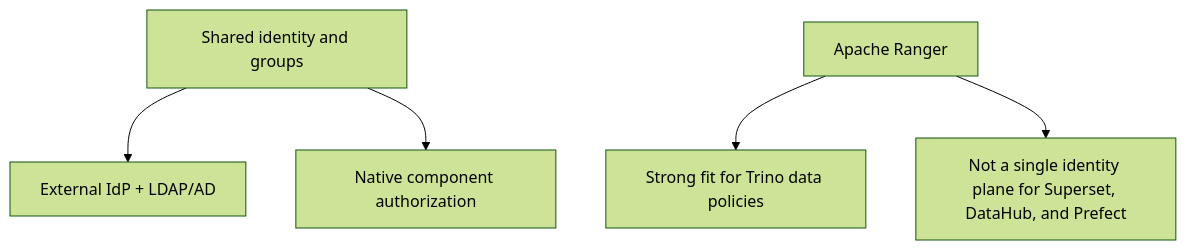
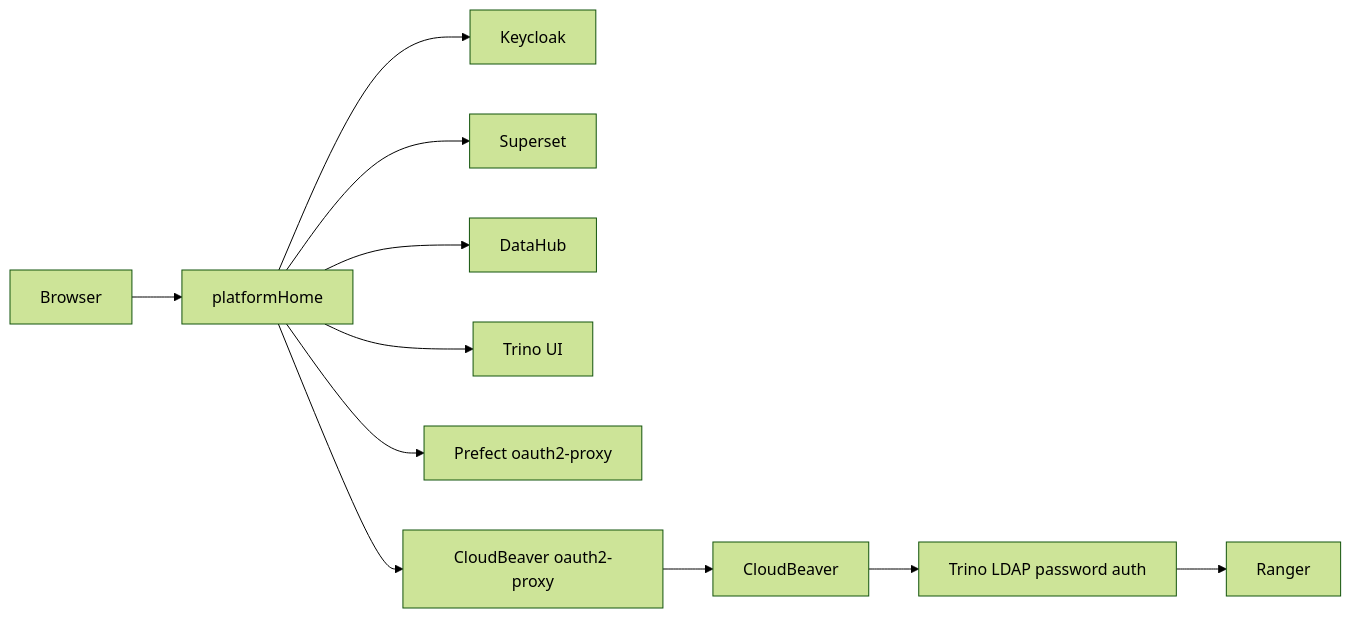
One commit to sanger-pathogens/dlh-in-a-box-umbrella-helm-chart changed the fourth of 5 diagrams in docs/auth-architecture.md. Above: the diagram before and after it, drawn with Mermaid (forest theme). The commit also changed other lines of this file and 54 other files, not shown here.

Commit message:
Add Ranger-first identity, portal, and policy controls

````diff
--- a/docs/auth-architecture.md
+++ b/docs/auth-architecture.md
@@ -137,7 +154,13 @@
 ```mermaid
-flowchart TD
-  Goal[Shared identity and groups] --> IdP[External IdP + LDAP/AD]
-  Goal --> NativeAuth[Native component authorization]
-  Ranger[Apache Ranger] --> TrinoOnly[Strong fit for Trino data policies]
-  Ranger --> NotApps[Not a single identity plane for Superset, DataHub, and Prefect]
+flowchart LR
+  Browser[Browser] --> Portal[platformHome]
+  Portal --> Keycloak[Keycloak]
+  Portal --> Superset[Superset]
+  Portal --> DataHub[DataHub]
+  Portal --> Trino[Trino UI]
+  Portal --> PrefectProxy[Prefect oauth2-proxy]
+  Portal --> CloudBeaverProxy[CloudBeaver oauth2-proxy]
+  CloudBeaverProxy --> CloudBeaver[CloudBeaver]
+  CloudBeaver --> TrinoPassword[Trino LDAP password auth]
+  TrinoPassword --> Ranger[Ranger]
 ```
````
